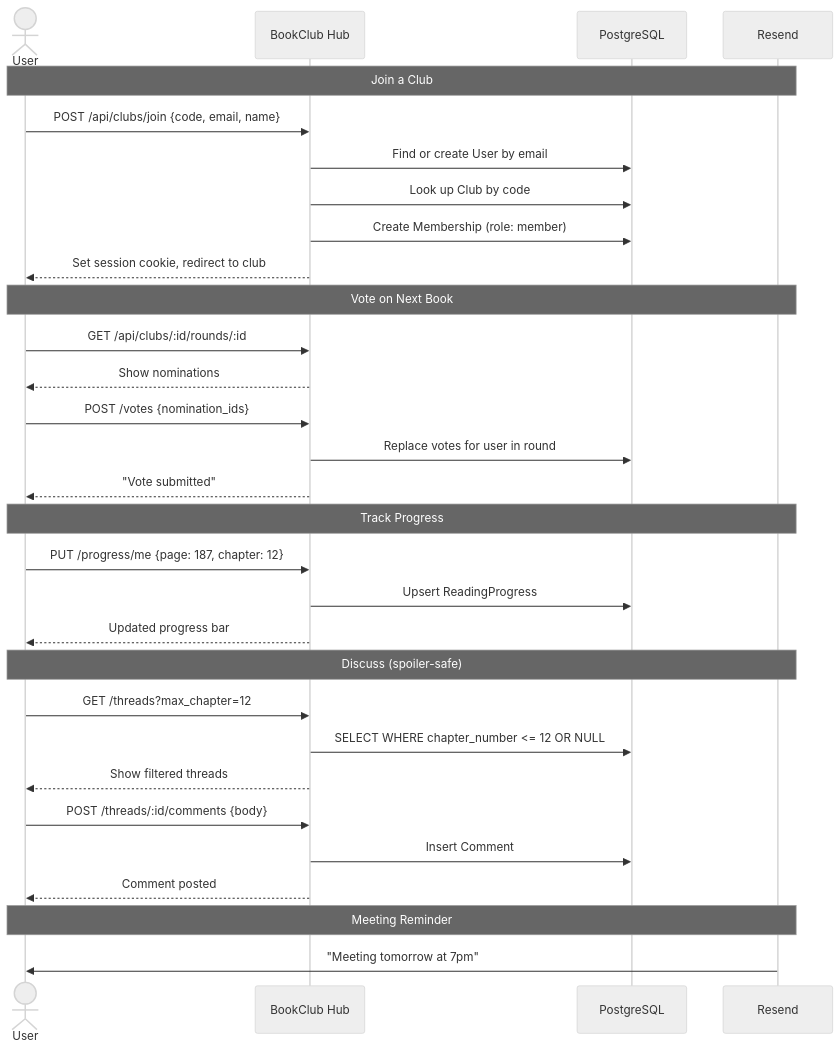
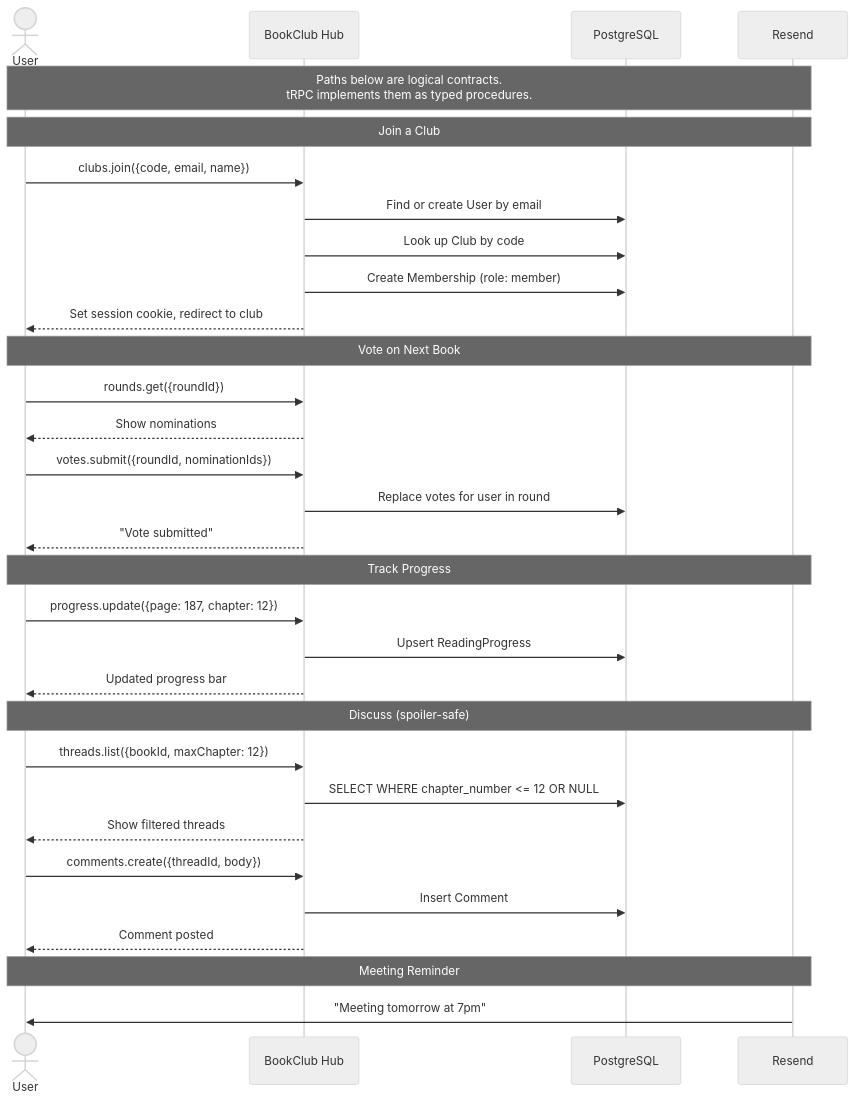
Before and after one commit to evanlwang/bookclub-hub: the third of 3 diagrams in docs/high-level-design.md, drawn with Mermaid (neutral theme). The commit also changed other lines of this file and 122 other files, not shown here.

````diff
--- a/docs/high-level-design.md
+++ b/docs/high-level-design.md
@@ -220,37 +230,39 @@
 ```mermaid
 sequenceDiagram
     actor User
     participant App as BookClub Hub
     participant DB as PostgreSQL
     participant Email as Resend
 
+    Note over User,Email: Paths below are logical contracts.<br/>tRPC implements them as typed procedures.
+
     Note over User,Email: Join a Club
-    User->>App: POST /api/clubs/join {code, email, name}
+    User->>App: clubs.join({code, email, name})
     App->>DB: Find or create User by email
     App->>DB: Look up Club by code
     App->>DB: Create Membership (role: member)
     App-->>User: Set session cookie, redirect to club
 
     Note over User,Email: Vote on Next Book
-    User->>App: GET /api/clubs/:id/rounds/:id
+    User->>App: rounds.get({roundId})
     App-->>User: Show nominations
-    User->>App: POST /votes {nomination_ids}
+    User->>App: votes.submit({roundId, nominationIds})
     App->>DB: Replace votes for user in round
     App-->>User: "Vote submitted"
 
     Note over User,Email: Track Progress
-    User->>App: PUT /progress/me {page: 187, chapter: 12}
+    User->>App: progress.update({page: 187, chapter: 12})
     App->>DB: Upsert ReadingProgress
     App-->>User: Updated progress bar
 
     Note over User,Email: Discuss (spoiler-safe)
-    User->>App: GET /threads?max_chapter=12
+    User->>App: threads.list({bookId, maxChapter: 12})
     App->>DB: SELECT WHERE chapter_number <= 12 OR NULL
     App-->>User: Show filtered threads
-    User->>App: POST /threads/:id/comments {body}
+    User->>App: comments.create({threadId, body})
     App->>DB: Insert Comment
     App-->>User: Comment posted
 
     Note over User,Email: Meeting Reminder
     Email->>User: "Meeting tomorrow at 7pm"
 ```
````
